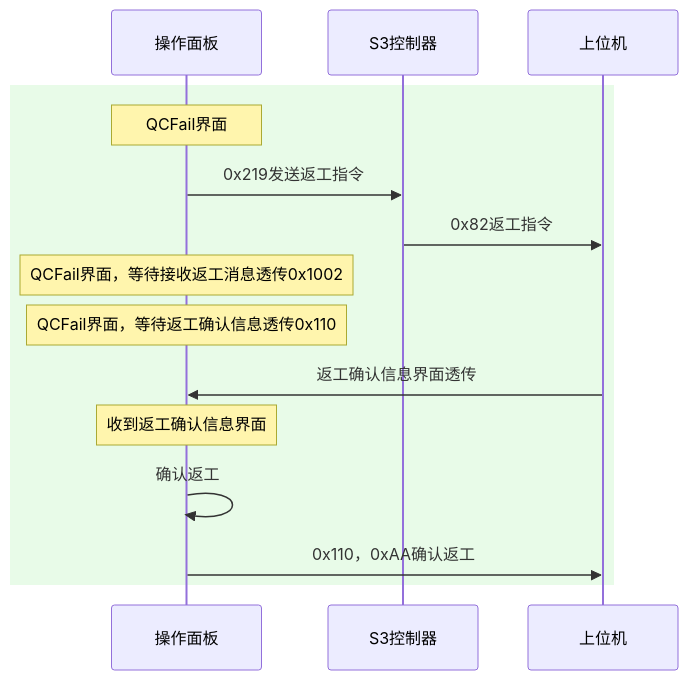
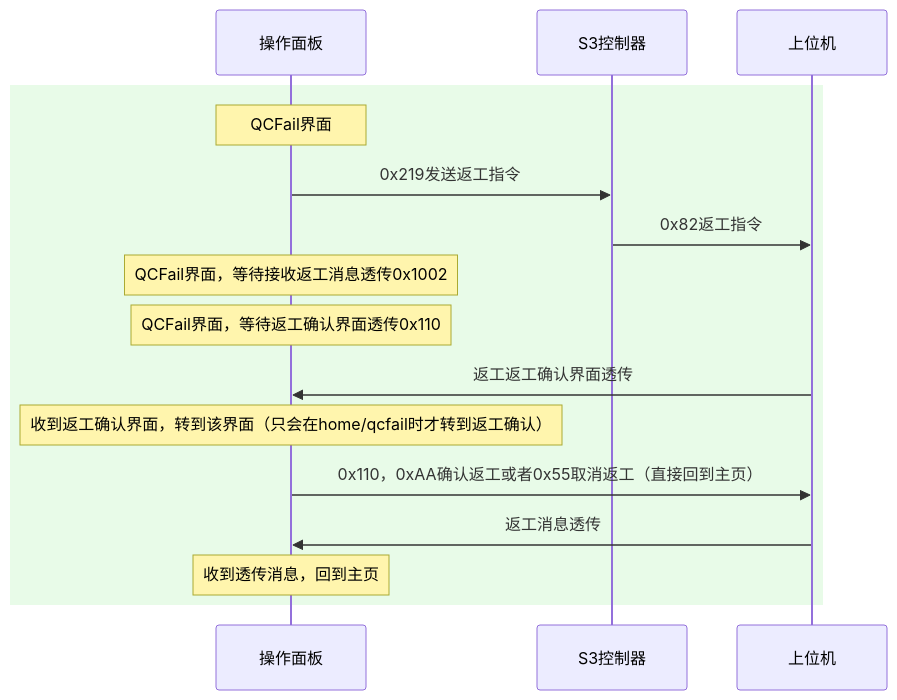
The second of 2 diagrams in 工作/项目/代码/260413返工确认.md (Siaiai/ObsidianNote), drawn with Mermaid before and after one commit.

Commit message:
[自动]笔记同步:2026-04-13 08:52:25 涉及文件个数:1
Affected files:
工作/项目/代码/260413返工确认.md

````diff
--- a/工作/项目/代码/260413返工确认.md
+++ b/工作/项目/代码/260413返工确认.md
@@ -35,17 +35,18 @@
 ```mermaid
 sequenceDiagram
     participant 面板 as 操作面板
     participant 控制器 as S3控制器
     participant 上位机 as 上位机
     rect rgba(180, 240, 180, 0.3) # 外层绿色区块
     note over 面板:QCFail界面
 	面板   ->> 控制器: 0x219发送返工指令
 	控制器 ->> 上位机: 0x82返工指令
 	note over 面板:QCFail界面，等待接收返工消息透传0x1002
-	note over 面板:QCFail界面，等待返工确认信息透传0x110
-	上位机 ->> 面板: 返工确认信息界面透传
-	note over 面板:收到返工确认信息界面
-	面板 ->> 面板:确认返工
-	面板 ->> 上位机:0x110，0xAA确认返工
+	note over 面板:QCFail界面，等待返工确认界面透传0x110
+	上位机 ->> 面板: 返工返工确认界面透传
+	note over 面板:收到返工确认界面，转到该界面（只会在home/qcfail时才转到返工确认）
+	面板 ->> 上位机:0x110，0xAA确认返工或者0x55取消返工（直接回到主页）
+	上位机 ->> 面板: 返工消息透传
+	note over 面板:收到透传消息，回到主页
 	 end
 ```
````
